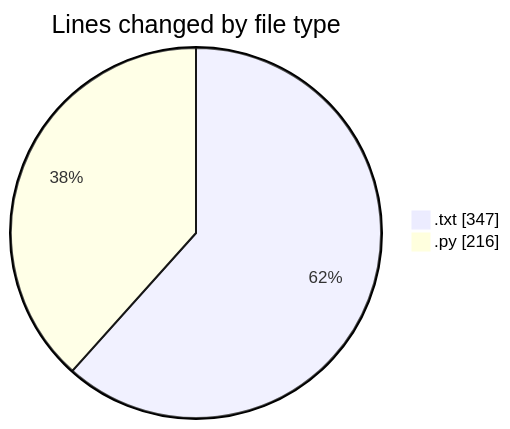
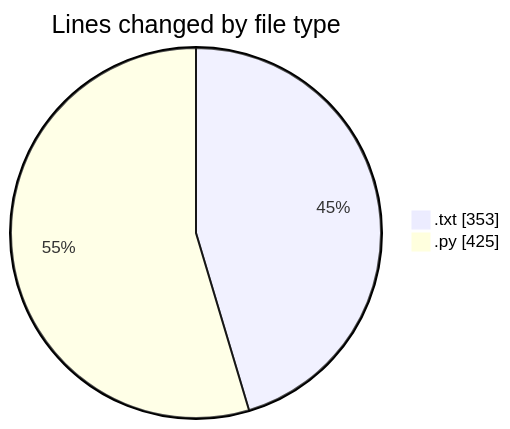
One commit to lephambinh05/code-tracking changed the first of 2 diagrams in 2025-09-10/data/README.md. Above: the diagram before and after it, drawn with Mermaid. The commit also changed other lines of this file and 1 other file, not shown here.

````diff
--- a/2025-09-10/data/README.md
+++ b/2025-09-10/data/README.md
@@ -22,6 +25,6 @@
 ```mermaid
 pie showData
 title Lines changed by file type
-".txt" : 347
-".py" : 216
+".txt" : 353
+".py" : 425
 ```
````
